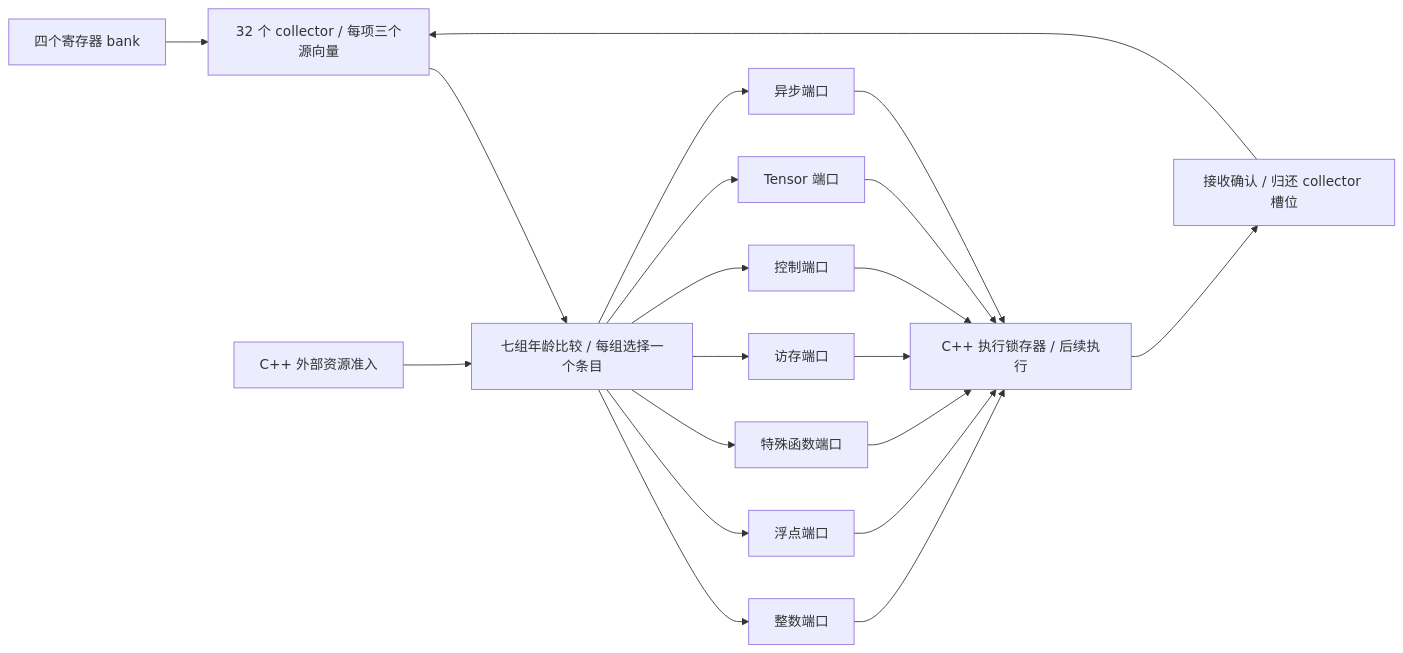
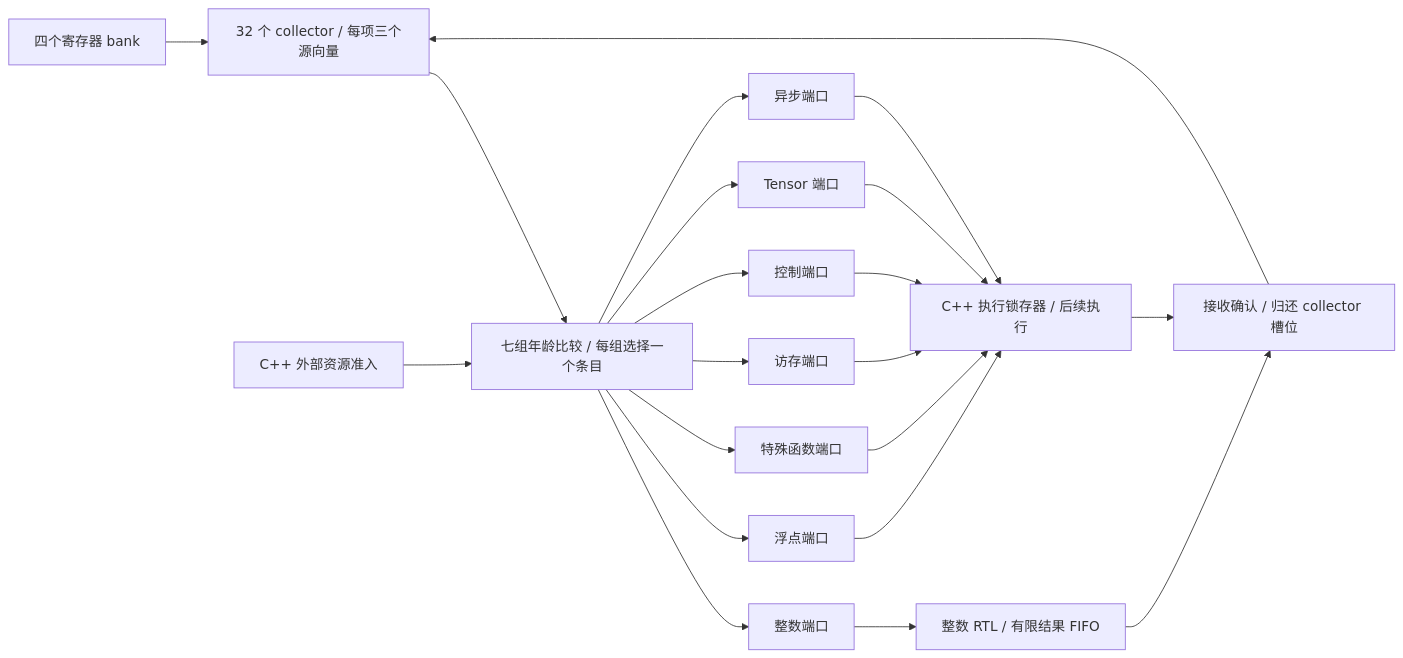
Before and after one commit to zdshq/simt-lab: the diagram in docs/RTL_DISPATCH.md, drawn with Mermaid. The commit also changed other lines of this file and 32 other files, not shown here.

````diff
--- a/docs/RTL_DISPATCH.md
+++ b/docs/RTL_DISPATCH.md
@@ -7,22 +7,23 @@
 ```mermaid
 flowchart LR
     RF[四个寄存器 bank] --> C[32 个 collector / 每项三个源向量]
     C --> A[七组年龄比较 / 每组选择一个条目]
     E[C++ 外部资源准入] --> A
     A --> I[整数端口]
     A --> F[浮点端口]
     A --> S[特殊函数端口]
     A --> M[访存端口]
     A --> B[控制端口]
     A --> T[Tensor 端口]
     A --> D[异步端口]
-    I --> X[C++ 执行锁存器 / 后续执行]
-    F --> X
+    I --> J[整数 RTL / 有限结果 FIFO]
+    F --> X[C++ 执行锁存器 / 后续执行]
     S --> X
     M --> X
     B --> X
     T --> X
     D --> X
     X --> R[接收确认 / 归还 collector 槽位]
+    J --> R
     R --> C
 ```
````
